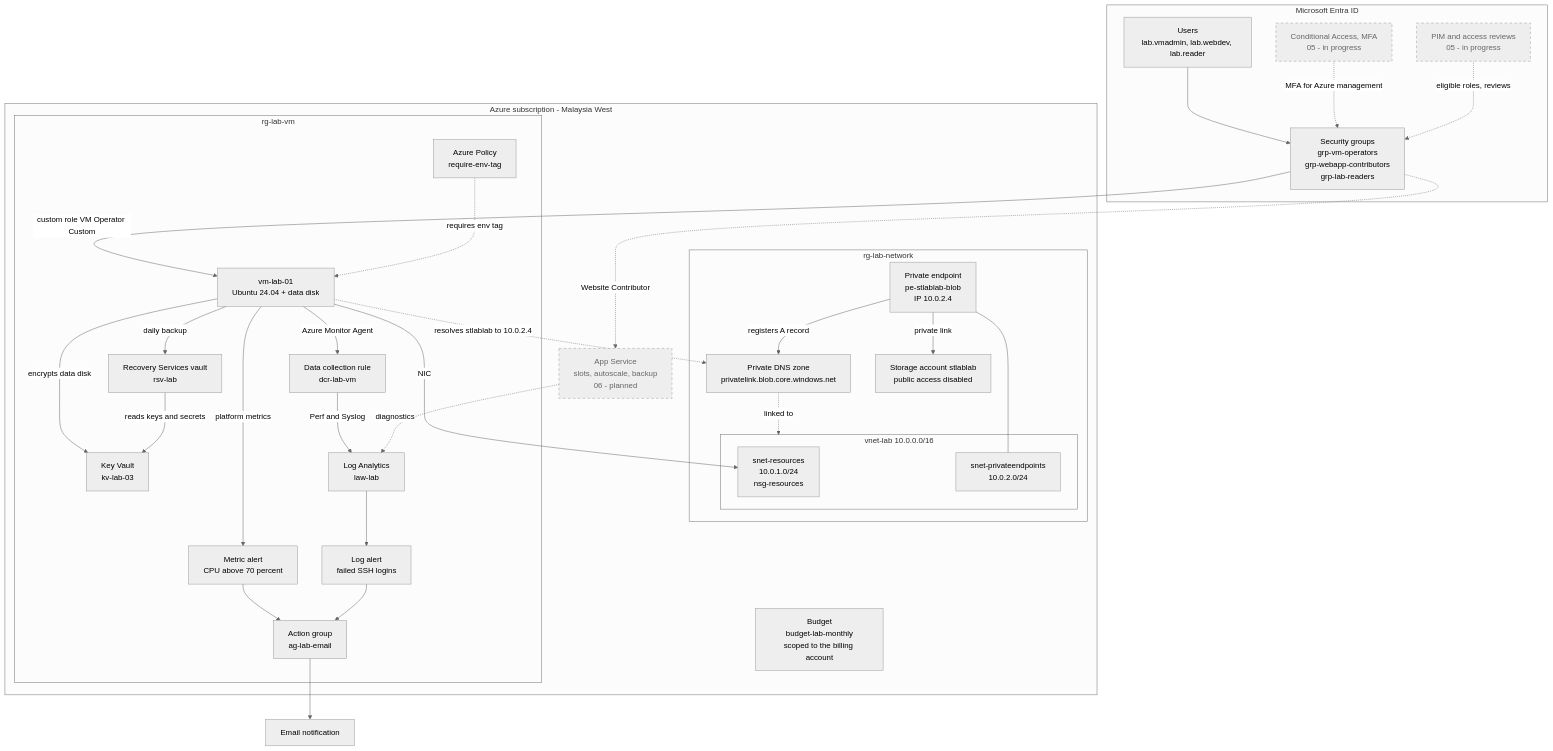
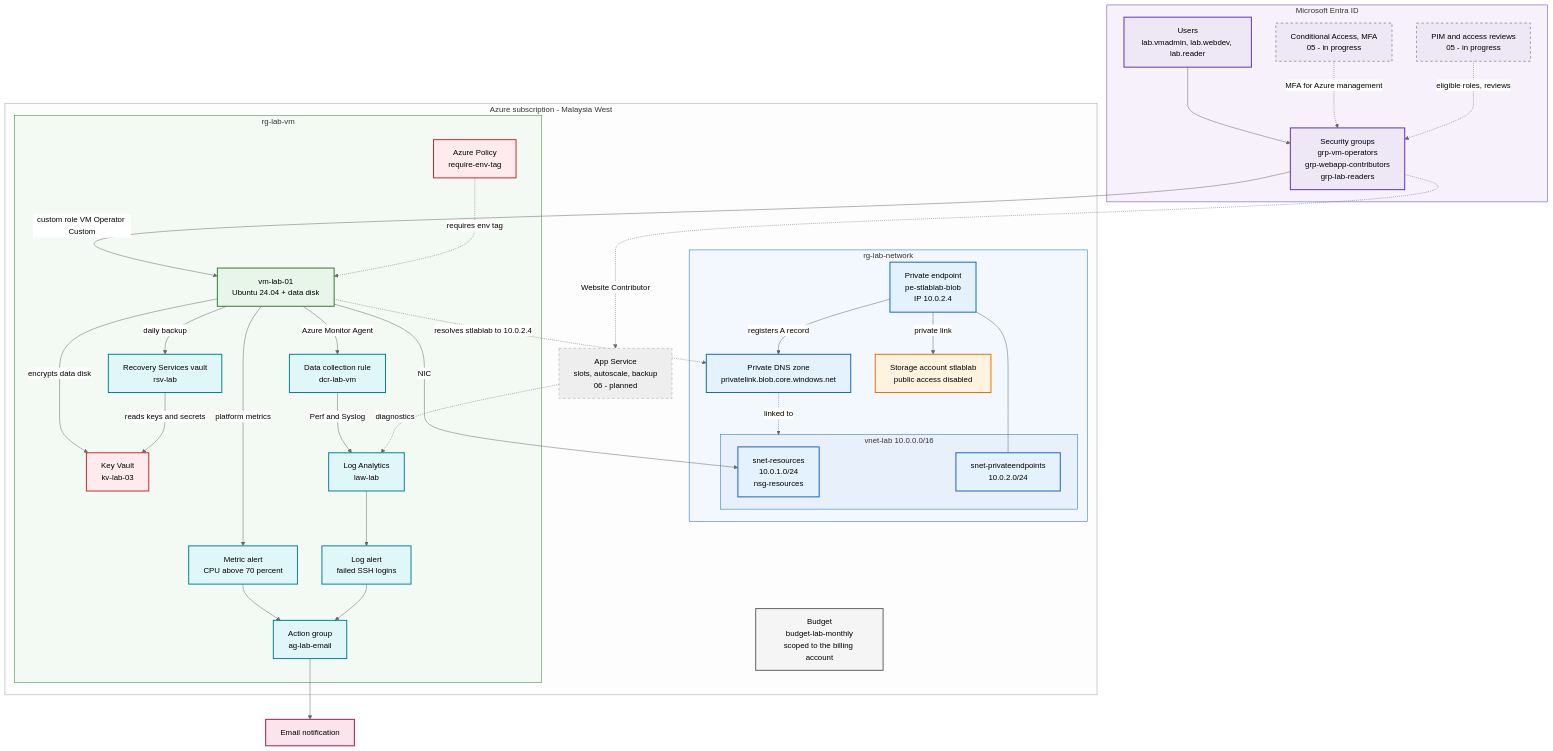
Before and after one commit to tttaufiqqq/azure-az104-lab: the diagram in README.md, drawn with Mermaid (neutral theme).

Commit message:
Color-code the architecture diagram
Add category colors to the mermaid diagram so each layer is easy to
tell apart: purple for Entra ID, blue for networking, orange for
storage, green for compute, red for security, teal for monitoring and
backup, gray for the budget, and dashed gray for planned items.
Subgraphs get matching light tints.

````diff
--- a/README.md
+++ b/README.md
@@ -78,6 +78,29 @@
     POLICY -.->|"requires env tag"| VM
     APP -.->|"diagnostics"| LAW
 
-    classDef planned stroke-dasharray: 5 5,color:#666
+    classDef ident fill:#ede7f6,stroke:#5e35b1,stroke-width:2px
+    classDef net fill:#e3f2fd,stroke:#1565c0,stroke-width:2px
+    classDef storage fill:#fff3e0,stroke:#ef6c00,stroke-width:2px
+    classDef compute fill:#e8f5e9,stroke:#2e7d32,stroke-width:2px
+    classDef sec fill:#ffebee,stroke:#c62828,stroke-width:2px
+    classDef mon fill:#e0f7fa,stroke:#00838f,stroke-width:2px
+    classDef gov fill:#f5f5f5,stroke:#616161,stroke-width:2px
+    classDef notify fill:#fce4ec,stroke:#ad1457,stroke-width:2px
+    classDef planned stroke-dasharray: 5 5,stroke:#9e9e9e
+
+    class USERS,GROUPS,CA,PIM ident
+    class SNET1,SNET2,PE,DNS net
+    class STORAGE storage
+    class VM compute
+    class KV,POLICY sec
+    class DCR,LAW,AMETRIC,ALOG,AG,RSV mon
+    class BUDGET gov
+    class EMAIL notify
     class CA,PIM,APP planned
+
+    style ENTRA fill:#f6f1fb,stroke:#5e35b1
+    style RGN fill:#f2f8fd,stroke:#1565c0
+    style VNET fill:#e8f1fb,stroke:#1565c0
+    style RGV fill:#f3faf4,stroke:#2e7d32
+    style SUB fill:#fdfdfd,stroke:#9e9e9e
 ```
````
